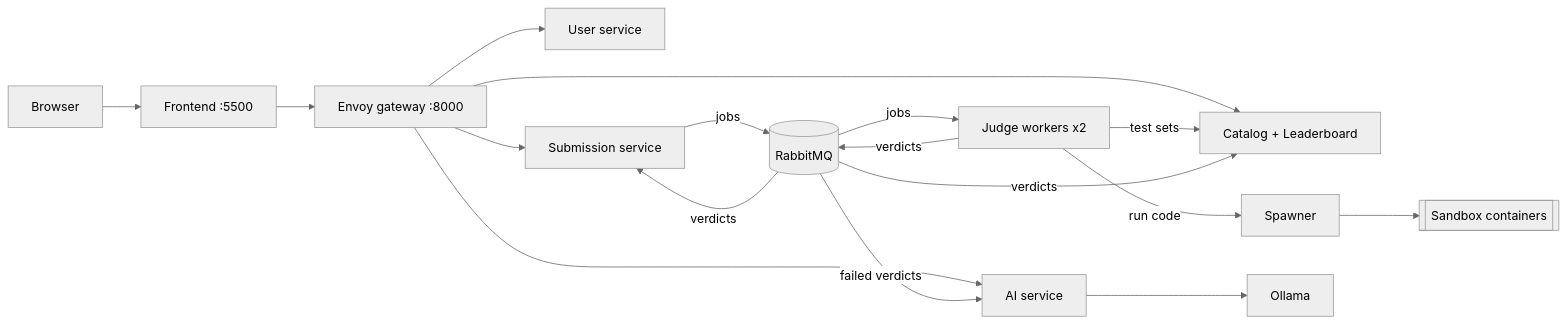
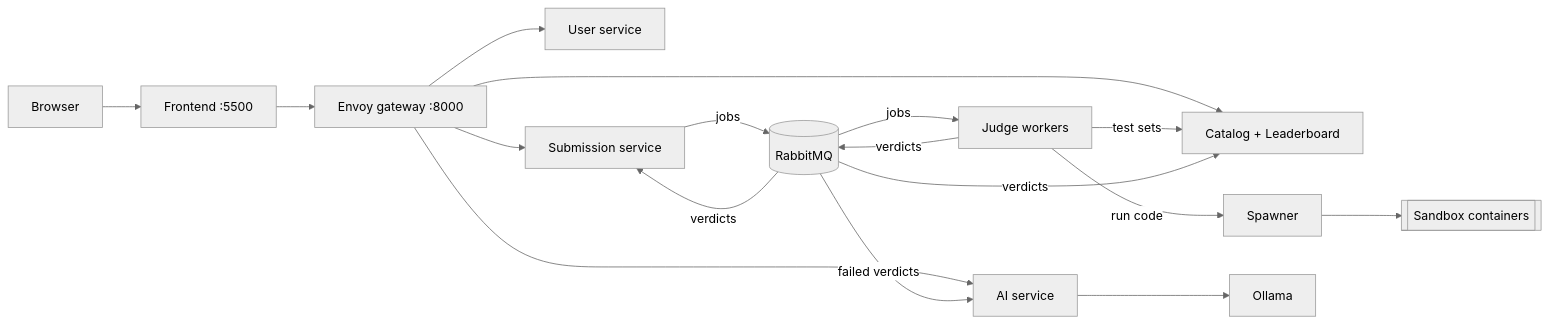
One commit to Yeswanth03/distributed-judge-engine changed the diagram in README.md. Above: the diagram before and after it, drawn with Mermaid (neutral theme).

Commit message:
Fix Judge workers label in README

````diff
--- a/README.md
+++ b/README.md
@@ -27,19 +27,19 @@
 ```mermaid
 flowchart LR
   B[Browser] --> FE[Frontend :5500]
   FE --> GW[Envoy gateway :8000]
   GW --> US[User service]
   GW --> SS[Submission service]
   GW --> CAT[Catalog + Leaderboard]
   GW --> AI[AI service]
   SS -- jobs --> MQ[(RabbitMQ)]
-  MQ -- jobs --> JW[Judge workers x2]
+  MQ -- jobs --> JW[Judge workers]
   JW -- test sets --> CAT
   JW -- run code --> SP[Spawner]
   SP --> SB[[Sandbox containers]]
   JW -- verdicts --> MQ
   MQ -- verdicts --> SS
   MQ -- verdicts --> CAT
   MQ -- failed verdicts --> AI
   AI --> OL[Ollama]
 ```
````
